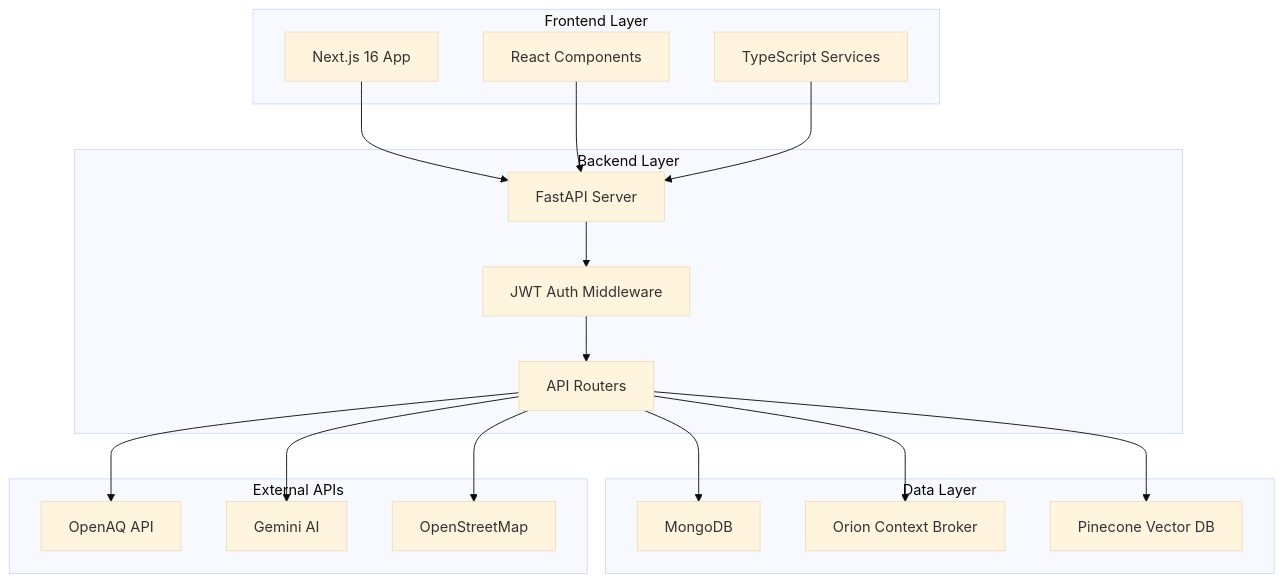
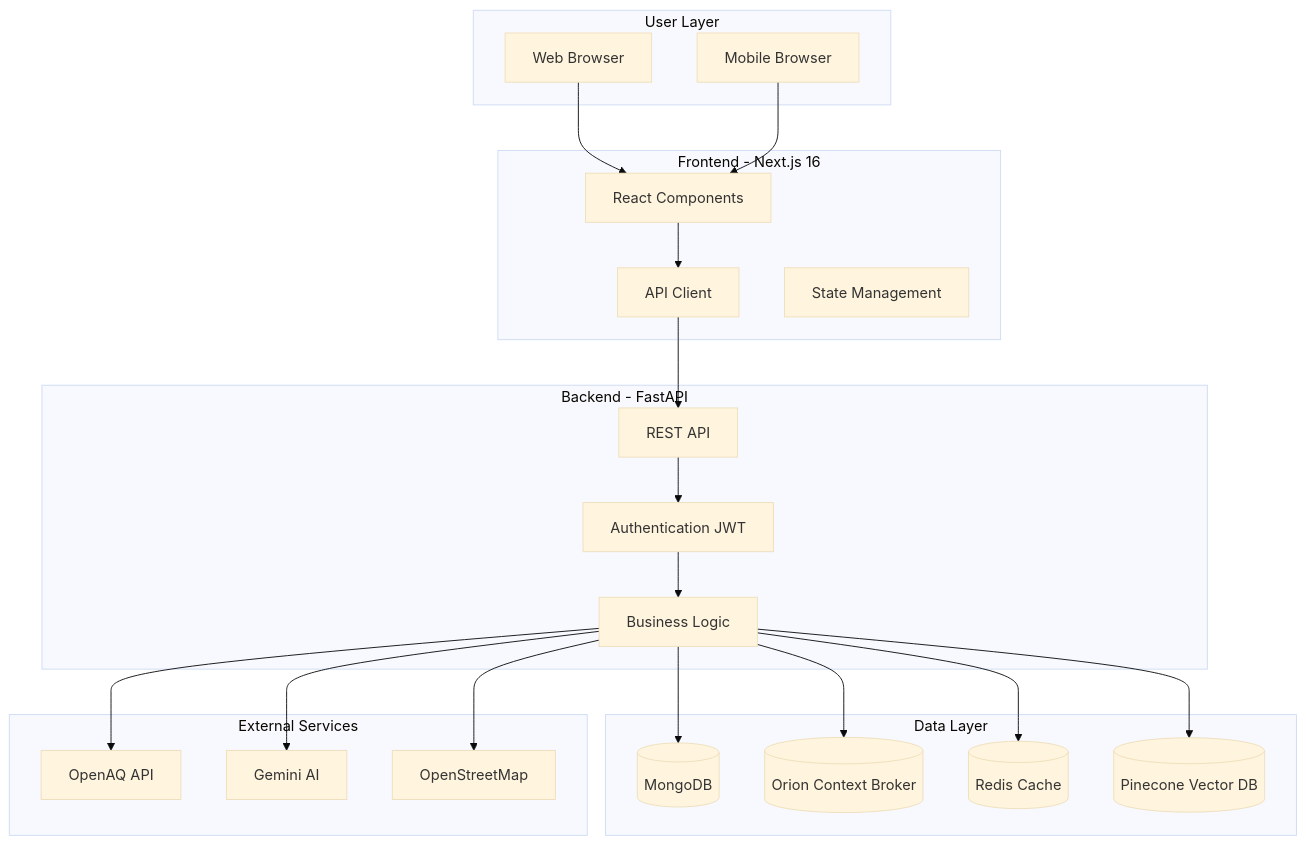
The diagram in README.md (minhe51805/UrbanReflex), drawn with Mermaid (base theme) before and after one commit. The commit also changed other lines of this file, not shown here.

````diff
--- a/README.md
+++ b/README.md
@@ -573,38 +188,46 @@
 ```mermaid
 graph TB
-    subgraph "Frontend Layer"
-        A[Next.js 16 App]
-        B[React Components]
-        C[TypeScript Services]
+    subgraph "User Layer"
+        A[Web Browser]
+        B[Mobile Browser]
     end
 
-    subgraph "Backend Layer"
-        D[FastAPI Server]
-        E[JWT Auth Middleware]
-        F[API Routers]
+    subgraph "Frontend - Next.js 16"
+        C[React Components]
+        D[API Client]
+        E[State Management]
+    end
+
+    subgraph "Backend - FastAPI"
+        F[REST API]
+        G[Authentication JWT]
+        H[Business Logic]
     end
 
     subgraph "Data Layer"
-        G[MongoDB]
-        H[Orion Context Broker]
-        I[Pinecone Vector DB]
+        I[(MongoDB)]
+        J[(Orion Context Broker)]
+        K[(Redis Cache)]
+        L[(Pinecone Vector DB)]
     end
 
-    subgraph "External APIs"
-        J[OpenAQ API]
-        K[Gemini AI]
-        L[OpenStreetMap]
+    subgraph "External Services"
+        M[OpenAQ API]
+        N[Gemini AI]
+        O[OpenStreetMap]
     end
 
-    A --> D
-    B --> D
+    A --> C
+    B --> C
     C --> D
-    D --> E
-    E --> F
+    D --> F
     F --> G
-    F --> H
-    F --> I
-    F --> J
-    F --> K
-    F --> L
+    G --> H
+    H --> I
+    H --> J
+    H --> K
+    H --> L
+    H --> M
+    H --> N
+    H --> O
 ```
````
